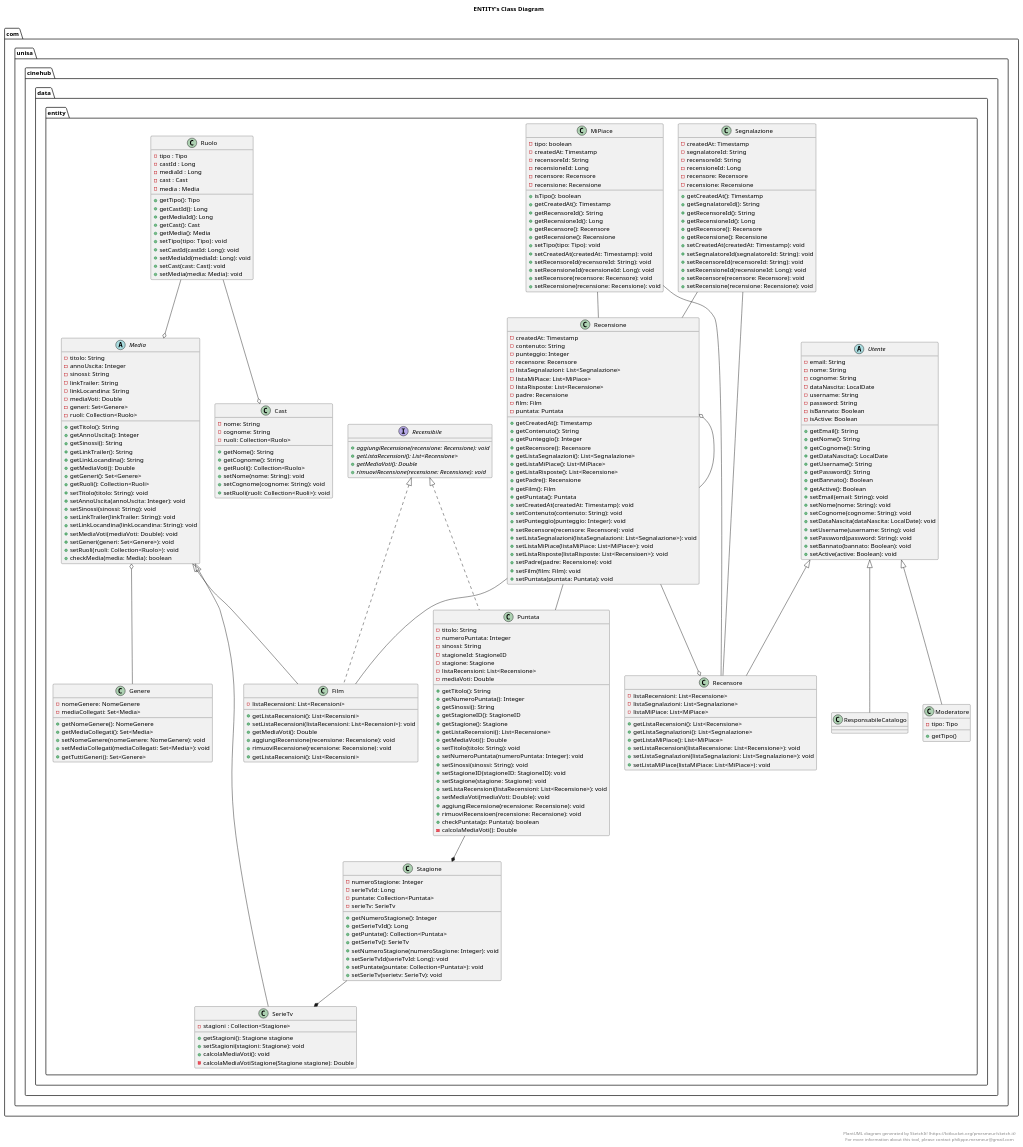
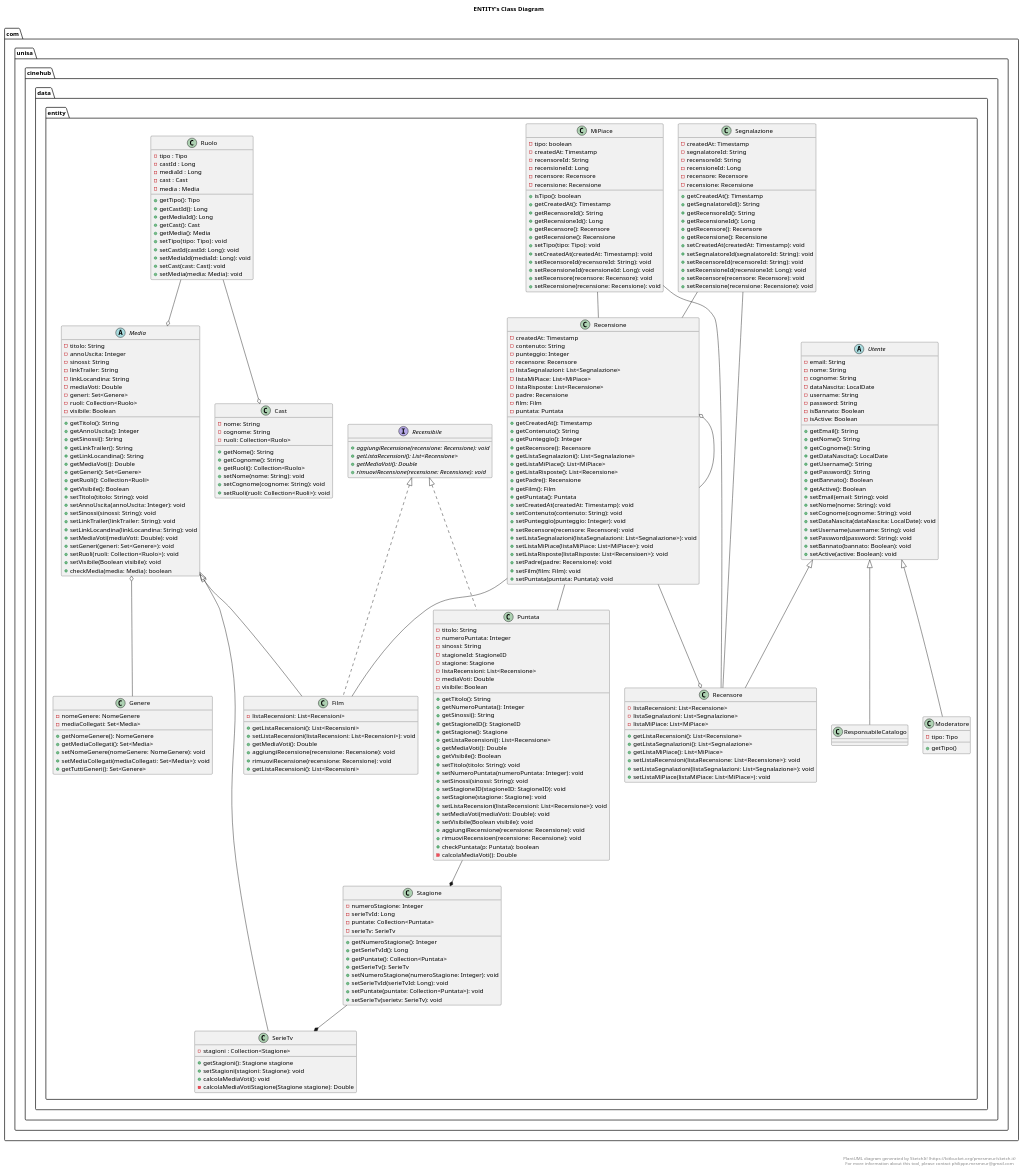
The diagram in cinehub/src/main/java/com/unisa/cinehub/data/entity/entity.plantuml (x-mariachiara/CineHub), drawn with PlantUML before and after one commit.

Commit message:
modificato il class diagram

```diff
--- a/cinehub/src/main/java/com/unisa/cinehub/data/entity/entity.plantuml
+++ b/cinehub/src/main/java/com/unisa/cinehub/data/entity/entity.plantuml
@@ -66,6 +66,7 @@
             - mediaVoti: Double
             - generi: Set<Genere>
             - ruoli: Collection<Ruolo>
+            - visibile: Boolean
             + getTitolo(): String
             + getAnnoUscita(): Integer
             + getSinossi(): String
@@ -74,6 +75,7 @@
             + getMediaVoti(): Double
             + getGeneri(): Set<Genere>
             + getRuoli(): Collection<Ruoli>
+            + getVisibile(): Boolean
             + setTitolo(titolo: String): void
             + setAnnoUscita(annoUscita: Integer): void
             + setSinossi(sinossi: String): void
@@ -82,6 +84,7 @@
             + setMediaVoti(mediaVoti: Double): void
             + setGeneri(generi: Set<Genere>): void
             + setRuoli(ruoli: Collection<Ruolo>): void
+            + setVisibile(Boolean visibile): void
             + checkMedia(media: Media): boolean
         }
       }
@@ -141,6 +144,7 @@
             - stagione: Stagione
             - listaRecensioni: List<Recensione>
             - mediaVoti: Double
+            - visibile: Boolean
             + getTitolo(): String
             + getNumeroPuntata(): Integer
             + getSinossi(): String
@@ -148,6 +152,7 @@
             + getStagione(): Stagione
             + getListaRecensioni(): List<Recensione>
             + getMediaVoti(): Double
+            + getVisibile(): Boolean
             + setTitolo(titolo: String): void
             + setNumeroPuntata(numeroPuntata: Integer): void
             + setSinossi(sinossi: String): void
@@ -155,6 +160,7 @@
             + setStagione(stagione: Stagione): void
             + setListaRecensioni(listaRecensioni: List<Recensione>): void
             + setMediaVoti(mediaVoti: Double): void
+            + setVisibile(Boolean visibile): void
             + aggiungiRecensione(recensione: Recensione): void
             + rimuoviRecensioen(recensione: Recensione): void
             + checkPuntata(p: Puntata): boolean
```
